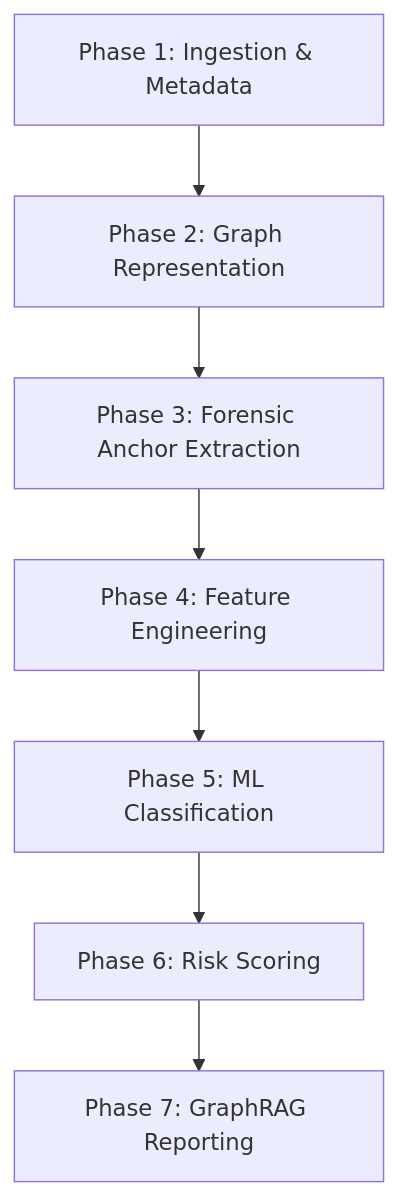
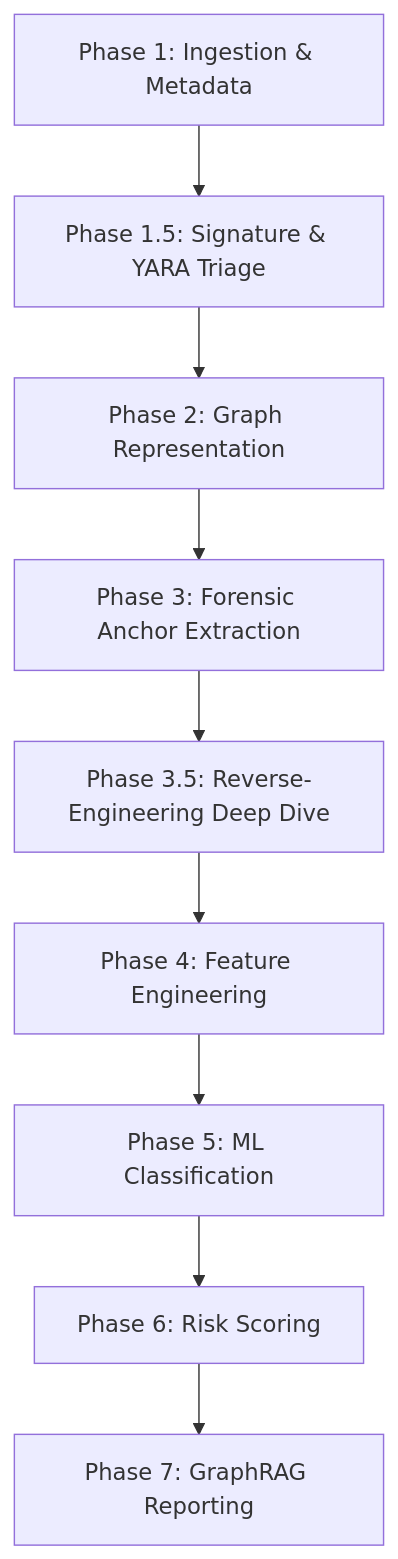
One commit to rohit-sundar/guardgraph-ai changed the diagram in PHASES.md. Above: the diagram before and after it, drawn with Mermaid. The commit also changed other lines of this file and 10 other files, not shown here.

````diff
--- a/PHASES.md
+++ b/PHASES.md
@@ -5,9 +5,11 @@
 ```mermaid
 graph TD
-    A[Phase 1: Ingestion & Metadata] --> B[Phase 2: Graph Representation]
+    A[Phase 1: Ingestion & Metadata] --> A2[Phase 1.5: Signature & YARA Triage]
+    A2 --> B[Phase 2: Graph Representation]
     B --> C[Phase 3: Forensic Anchor Extraction]
-    C --> D[Phase 4: Feature Engineering]
+    C --> C2[Phase 3.5: Reverse-Engineering Deep Dive]
+    C2 --> D[Phase 4: Feature Engineering]
     D --> E[Phase 5: ML Classification]
     E --> F[Phase 6: Risk Scoring]
     F --> G[Phase 7: GraphRAG Reporting]
 ```
````
